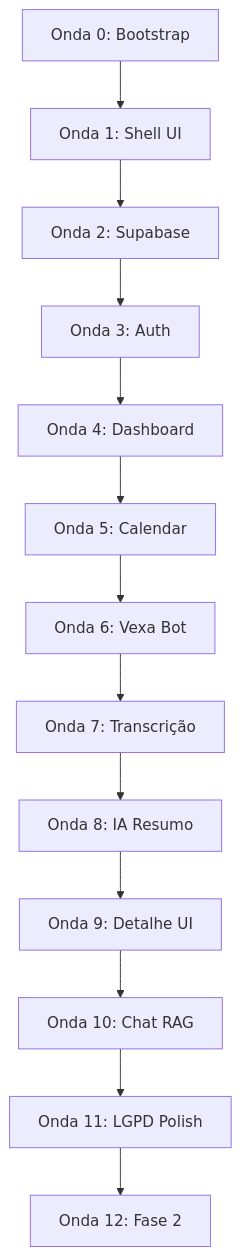
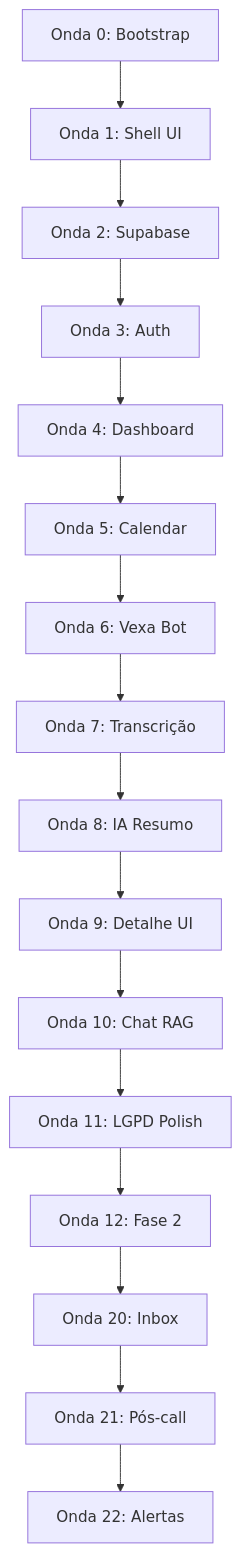
Before and after one commit to solerpedroo/reuniai: the first of 3 diagrams in implementation-plan.md, drawn with Mermaid. The commit also changed other lines of this file, not shown here.

Commit message:
docs(plan): documenta ondas 20-22 e marca inbox de compromissos como concluída

````diff
--- a/implementation-plan.md
+++ b/implementation-plan.md
@@ -62,15 +75,18 @@
 ```mermaid
 flowchart TD
     O0[Onda 0: Bootstrap] --> O1[Onda 1: Shell UI]
     O1 --> O2[Onda 2: Supabase]
     O2 --> O3[Onda 3: Auth]
     O3 --> O4[Onda 4: Dashboard]
     O4 --> O5[Onda 5: Calendar]
     O5 --> O6[Onda 6: Vexa Bot]
     O6 --> O7[Onda 7: Transcrição]
     O7 --> O8[Onda 8: IA Resumo]
     O8 --> O9[Onda 9: Detalhe UI]
     O9 --> O10[Onda 10: Chat RAG]
     O10 --> O11[Onda 11: LGPD Polish]
     O11 --> O12[Onda 12: Fase 2]
+    O12 --> O20[Onda 20: Inbox]
+    O20 --> O21[Onda 21: Pós-call]
+    O21 --> O22[Onda 22: Alertas]
 ```
````
